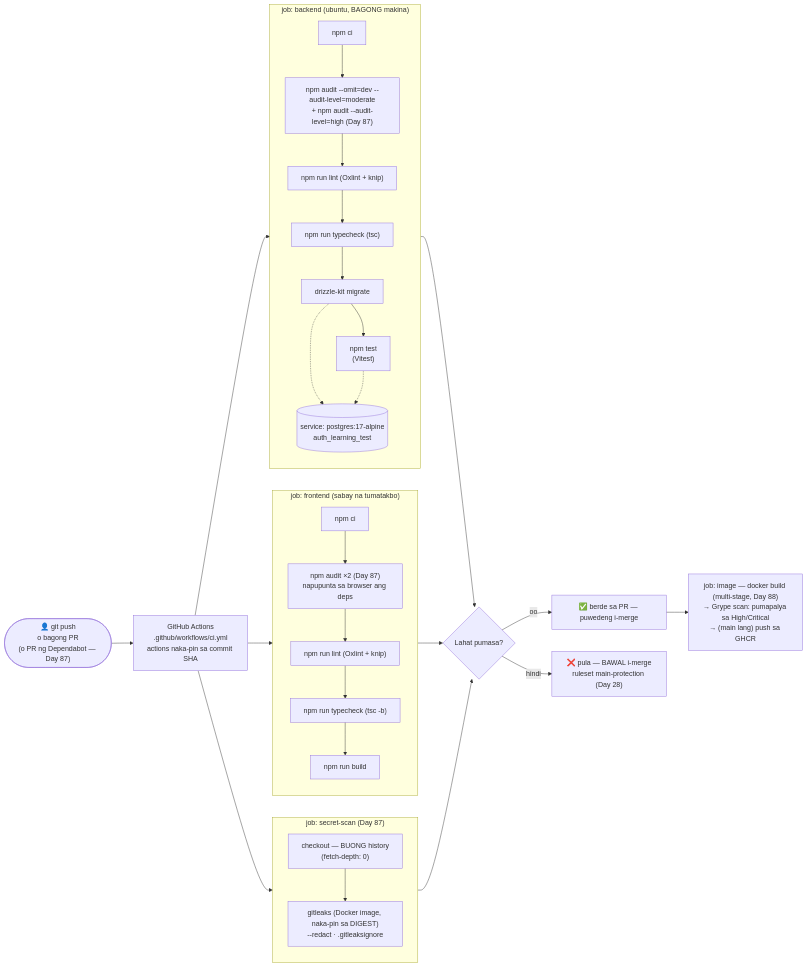
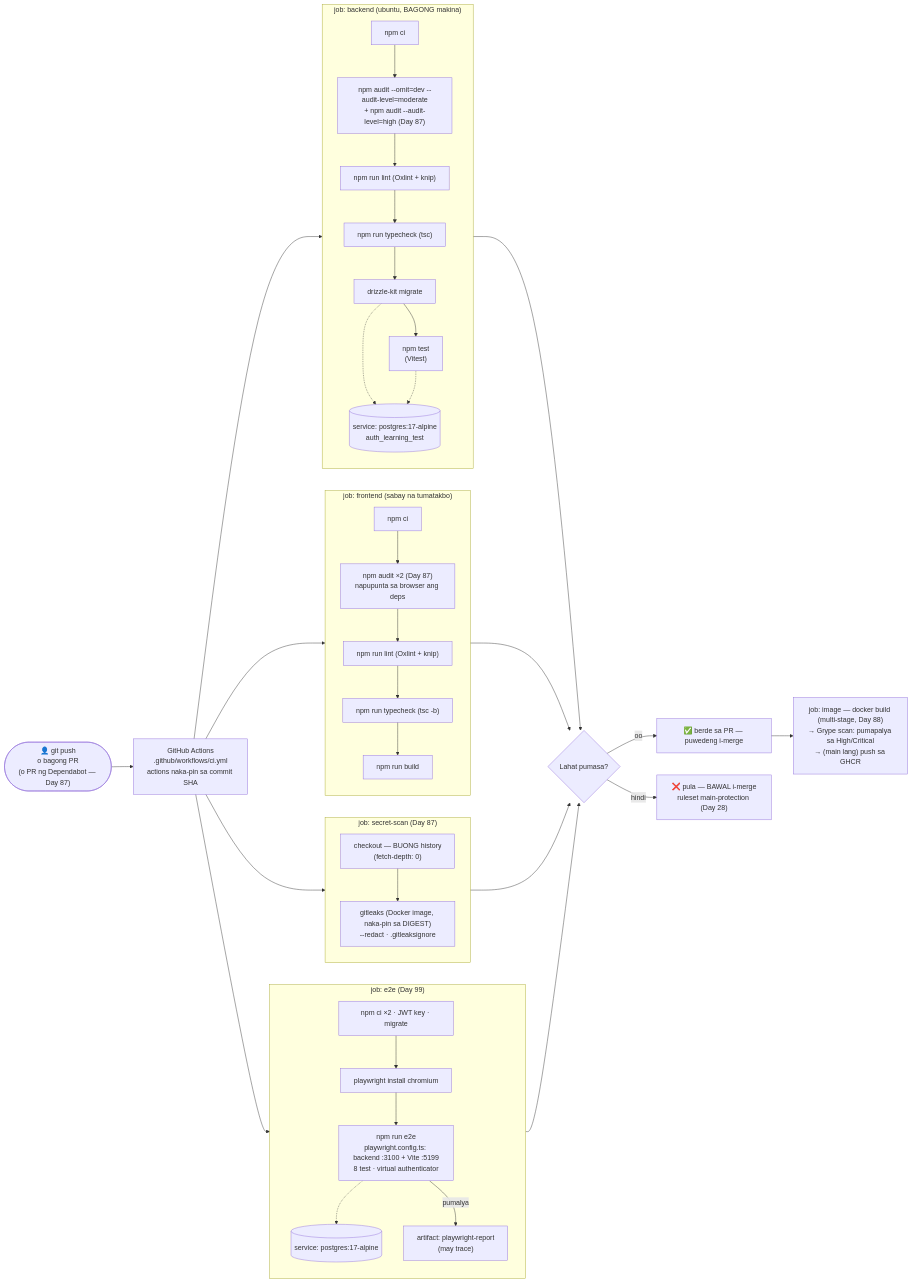
One commit to nelson1869-ai/auth-learning changed the diagram in docs/diagrams/08-ci-pipeline.md. Above: the diagram before and after it, drawn with Mermaid. The commit also changed other lines of this file and 10 other files, not shown here.

Commit message:
docs: Day 99 — D-039, diagram 30 (+08), journal, roadmap, READMEs, AGENTS shipping step

````diff
--- a/docs/diagrams/08-ci-pipeline.md
+++ b/docs/diagrams/08-ci-pipeline.md
@@ -9,28 +9,37 @@
 ```mermaid
 flowchart LR
     Dev(["👤 git push<br/>o bagong PR<br/>(o PR ng Dependabot — Day 87)"]) --> GH["GitHub Actions<br/>.github/workflows/ci.yml<br/>actions naka-pin sa commit SHA"]
     GH --> BE
     GH --> FE
     GH --> SS
+    GH --> E2E
     subgraph BE["job: backend (ubuntu, BAGONG makina)"]
         direction TB
         PG[("service: postgres:17-alpine<br/>auth_learning_test")]
         B1["npm ci"] --> B2["npm audit --omit=dev --audit-level=moderate<br/>+ npm audit --audit-level=high (Day 87)"] --> B3["npm run lint (Oxlint + knip)"] --> B3b["npm run typecheck (tsc)"] --> B4["drizzle-kit migrate"] --> B5["npm test<br/>(Vitest)"]
         B4 -.-> PG
         B5 -.-> PG
     end
     subgraph FE["job: frontend (sabay na tumatakbo)"]
         direction TB
         F1["npm ci"] --> F1b["npm audit ×2 (Day 87)<br/>napupunta sa browser ang deps"] --> F2["npm run lint (Oxlint + knip)"] --> F2b["npm run typecheck (tsc -b)"] --> F3["npm run build"]
     end
     subgraph SS["job: secret-scan (Day 87)"]
         direction TB
         S1["checkout — BUONG history<br/>(fetch-depth: 0)"] --> S2["gitleaks (Docker image, naka-pin sa DIGEST)<br/>--redact · .gitleaksignore"]
     end
+    subgraph E2E["job: e2e (Day 99)"]
+        direction TB
+        EPG[("service: postgres:17-alpine")]
+        E1["npm ci ×2 · JWT key · migrate"] --> E2["playwright install chromium"] --> E3["npm run e2e<br/>playwright.config.ts: backend :3100 + Vite :5199<br/>8 test · virtual authenticator"]
+        E3 -.-> EPG
+        E3 -->|"pumalya"| E4["artifact: playwright-report<br/>(may trace)"]
+    end
     BE --> R{"Lahat pumasa?"}
     FE --> R
     SS --> R
+    E2E --> R
     R -->|"oo"| OK["✅ berde sa PR — puwedeng i-merge"]
     OK --> IMG["job: image — docker build (multi-stage, Day 88)<br/>→ Grype scan: pumapalya sa High/Critical<br/>→ (main lang) push sa GHCR"]
     R -->|"hindi"| NO["❌ pula — BAWAL i-merge<br/>ruleset main-protection (Day 28)"]
 ```
````
